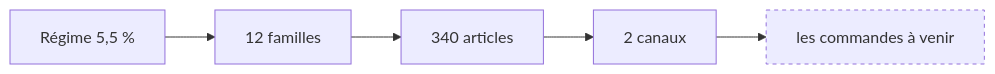
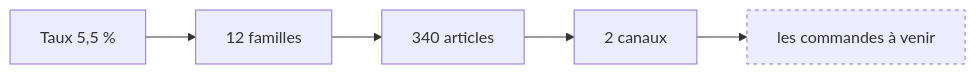
One commit to hugoheynard/lfd changed the third of 3 diagrams in documentation/b2b/architecture-journal-activite.md. Above: the diagram before and after it, drawn with Mermaid. The commit also changed other lines of this file and 101 other files, not shown here.

First line of the commit message:
refactor: « régime » de TVA devient « taux », de l'écran jusqu'à la table

````diff
--- a/documentation/b2b/architecture-journal-activite.md
+++ b/documentation/b2b/architecture-journal-activite.md
@@ -109,8 +109,8 @@
 ```mermaid
 flowchart LR
-  R[Régime 5,5 %] --> F[12 familles]
+  R[Taux 5,5 %] --> F[12 familles]
   F --> A[340 articles]
   A --> C[2 canaux]
   C --> CO[les commandes à venir]
   style CO stroke-dasharray: 4 4
 ```
````
